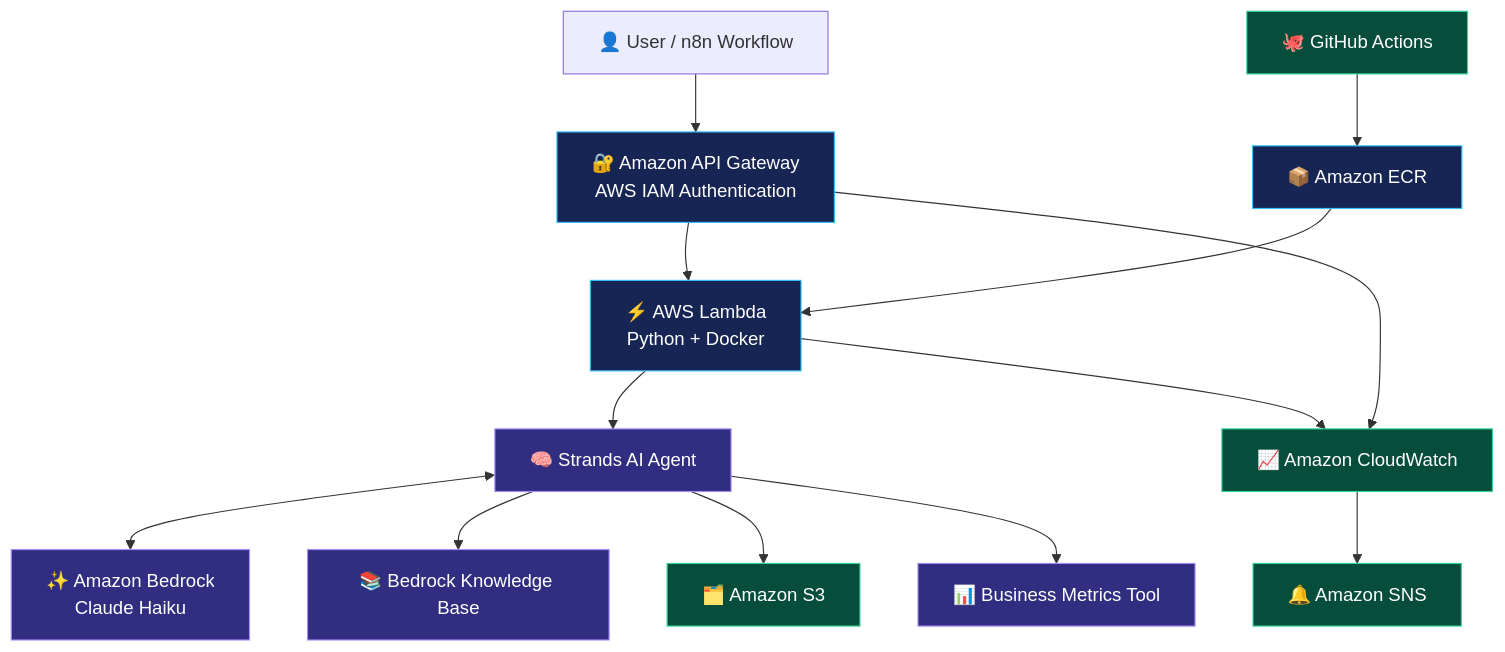
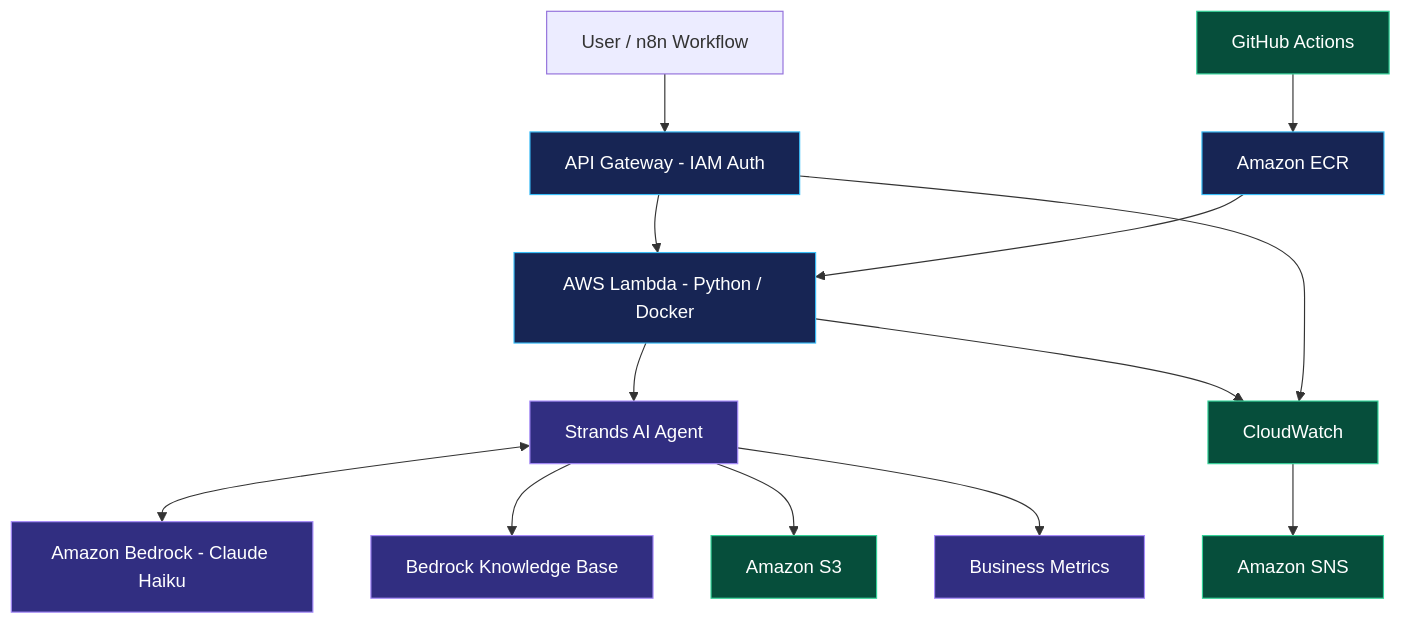
Before and after one commit to GopikrishnaAshok/enterprise-agentic-ai-platform: the first of 3 diagrams in README.md, drawn with Mermaid. The commit also changed other lines of this file, not shown here.

````diff
--- a/README.md
+++ b/README.md
@@ -51,37 +42,37 @@
 ```mermaid
 flowchart TD
-    U["👤 User / n8n Workflow"]
-    A["🔐 Amazon API Gateway<br/>AWS IAM Authentication"]
-    L["⚡ AWS Lambda<br/>Python + Docker"]
-    AG["🧠 Strands AI Agent"]
-    B["✨ Amazon Bedrock<br/>Claude Haiku"]
-    KB["📚 Bedrock Knowledge Base"]
-    S3["🗂️ Amazon S3"]
-    ROI["📊 Business Metrics Tool"]
-    GH["🐙 GitHub Actions"]
-    ECR["📦 Amazon ECR"]
-    CW["📈 Amazon CloudWatch"]
-    SNS["🔔 Amazon SNS"]
+    USER["User / n8n Workflow"]
+    API["API Gateway - IAM Auth"]
+    LAMBDA["AWS Lambda - Python / Docker"]
+    AGENT["Strands AI Agent"]
+    MODEL["Amazon Bedrock - Claude Haiku"]
+    KB["Bedrock Knowledge Base"]
+    S3["Amazon S3"]
+    ROI["Business Metrics"]
+    GH["GitHub Actions"]
+    ECR["Amazon ECR"]
+    CW["CloudWatch"]
+    SNS["Amazon SNS"]
 
-    U --> A
-    A --> L
-    L --> AG
-    AG <--> B
-    AG --> KB
-    AG --> S3
-    AG --> ROI
+    USER --> API
+    API --> LAMBDA
+    LAMBDA --> AGENT
+    AGENT <--> MODEL
+    AGENT --> KB
+    AGENT --> S3
+    AGENT --> ROI
 
     GH --> ECR
-    ECR --> L
-    L --> CW
-    A --> CW
+    ECR --> LAMBDA
+    LAMBDA --> CW
+    API --> CW
     CW --> SNS
 
-    classDef cloud fill:#172554,stroke:#38bdf8,color:#fff
-    classDef ai fill:#312e81,stroke:#a78bfa,color:#fff
-    classDef ops fill:#064e3b,stroke:#34d399,color:#fff
+    classDef gateway fill:#172554,stroke:#38bdf8,color:#ffffff
+    classDef intelligence fill:#312e81,stroke:#a78bfa,color:#ffffff
+    classDef operations fill:#064e3b,stroke:#34d399,color:#ffffff
 
-    class A,L,ECR cloud
-    class AG,B,KB,ROI ai
-    class GH,CW,SNS,S3 ops
+    class API,LAMBDA,ECR gateway
+    class AGENT,MODEL,KB,ROI intelligence
+    class GH,CW,SNS,S3 operations
 ```
````
